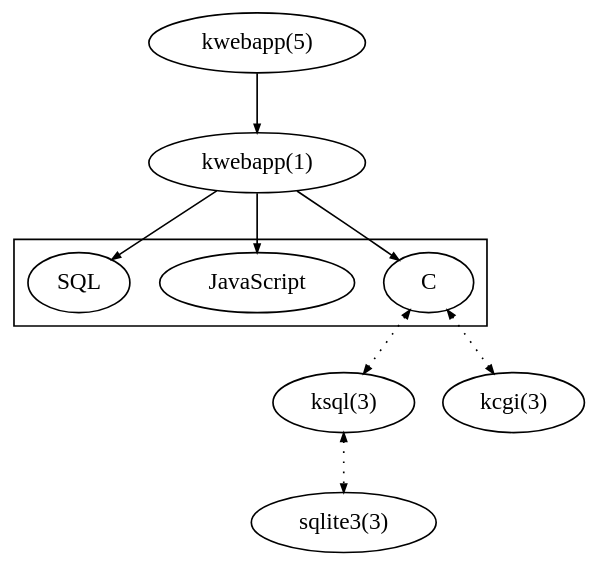
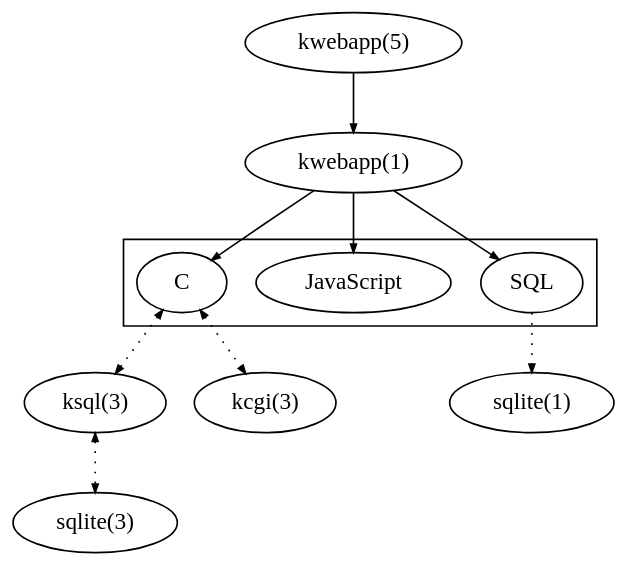
The diagram in index.dot (kristapsdz/openradtool), drawn with Graphviz before and after one commit.

Commit message:
Note about sqlite.

```diff
--- a/index.dot
+++ b/index.dot
@@ -1,32 +1,35 @@
 digraph {
 	edge [arrowsize="0.5";];
 	bgcolor="transparent";
 
 	cfg[label="kwebapp(5)"];
 	bin[label="kwebapp(1)"];
 
 	{ rank=same; cfg; }
 	{ rank=same; bin; }
 
 	subgraph cluster0 {
 		{ rank=same; src; js; sql; }
 		src[label="C"];
 		js[label="JavaScript"];
 		sql[label="SQL"];
 	}
 	cfg -> bin;
 	bin -> src;
 	bin -> js;
 	bin -> sql;
 
-	{ rank=same; ksql; kcgi; }
+	{ rank=same; ksql; kcgi; sqlite1; }
 	{ rank=same; sqlite; }
 
+	sqlite1[label="sqlite(1)"];
 	kcgi[label="kcgi(3)"];
 	ksql[label="ksql(3)"];
-	sqlite[label="sqlite3(3)"];
+	sqlite[label="sqlite(3)"];
+
+	sql -> sqlite1[style="dotted"];
 
 	src -> ksql[dir="both"; style="dotted"];
 	src -> kcgi[dir="both"; style="dotted"];
 	ksql -> sqlite[dir="both"; style="dotted"];
 }
```
